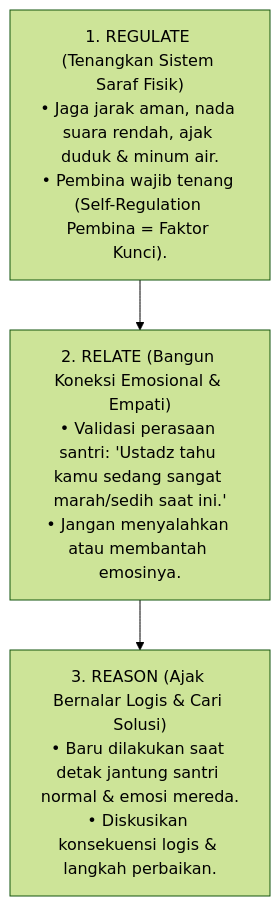
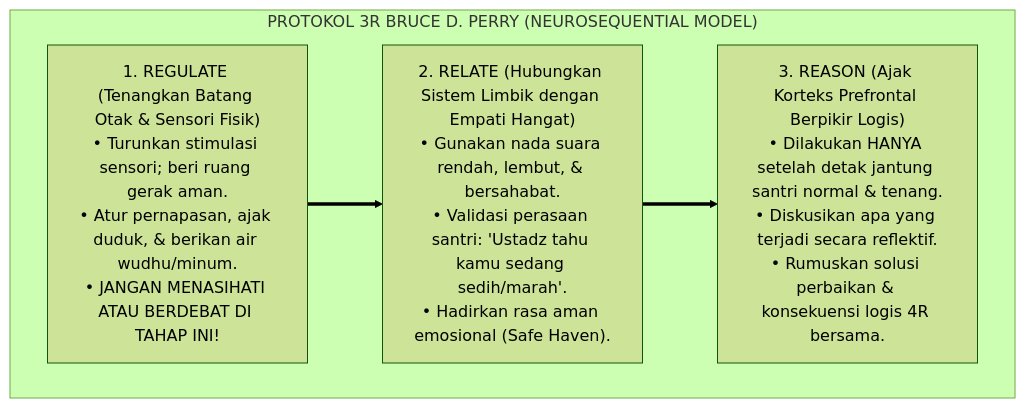
One commit to wandiapriliyandi/tumbuh changed the third of 7 diagrams in 02 Principles/06 Intervention Principles/P2-06-03-Prinsip-De-eskalasi-Krisis-dan-Regulasi-Emosi.md. Above: the diagram before and after it, drawn with Mermaid (forest theme). The commit also changed other lines of this file and 42 other files, not shown here.

````diff
--- a/02 Principles/06 Intervention Principles/P2-06-03-Prinsip-De-eskalasi-Krisis-dan-Regulasi-Emosi.md
+++ b/02 Principles/06 Intervention Principles/P2-06-03-Prinsip-De-eskalasi-Krisis-dan-Regulasi-Emosi.md
@@ -12,6 +104,12 @@
 ```mermaid
-graph TD
-    Step1["1. REGULATE (Tenangkan Sistem Saraf Fisik)<br/>• Jaga jarak aman, nada suara rendah, ajak duduk & minum air.<br/>• Pembina wajib tenang (Self-Regulation Pembina = Faktor Kunci)."] --> Step2["2. RELATE (Bangun Koneksi Emosional & Empati)<br/>• Validasi perasaan santri: 'Ustadz tahu kamu sedang sangat marah/sedih saat ini.'<br/>• Jangan menyalahkan atau membantah emosinya."]
-    
-    Step2 --> Step3["3. REASON (Ajak Bernalar Logis & Cari Solusi)<br/>• Baru dilakukan saat detak jantung santri normal & emosi mereda.<br/>• Diskusikan konsekuensi logis & langkah perbaikan."]
+flowchart TD
+    subgraph TigaLangkah3RBrucePerry["PROTOKOL 3R BRUCE D. PERRY (NEUROSEQUENTIAL MODEL)"]
+        R1["1. REGULATE (Tenangkan Batang Otak & Sensori Fisik)<br/>• Turunkan stimulasi sensori; beri ruang gerak aman.<br/>• Atur pernapasan, ajak duduk, & berikan air wudhu/minum.<br/>• JANGAN MENASIHATI ATAU BERDEBAT DI TAHAP INI!"]
+        
+        R2["2. RELATE (Hubungkan Sistem Limbik dengan Empati Hangat)<br/>• Gunakan nada suara rendah, lembut, & bersahabat.<br/>• Validasi perasaan santri: 'Ustadz tahu kamu sedang sedih/marah'.<br/>• Hadirkan rasa aman emosional (Safe Haven)."]
+        
+        R3["3. REASON (Ajak Korteks Prefrontal Berpikir Logis)<br/>• Dilakukan HANYA setelah detak jantung santri normal & tenang.<br/>• Diskusikan apa yang terjadi secara reflektif.<br/>• Rumuskan solusi perbaikan & konsekuensi logis 4R bersama."]
+        
+        R1 ==> R2 ==> R3
+    end
 ```
````
